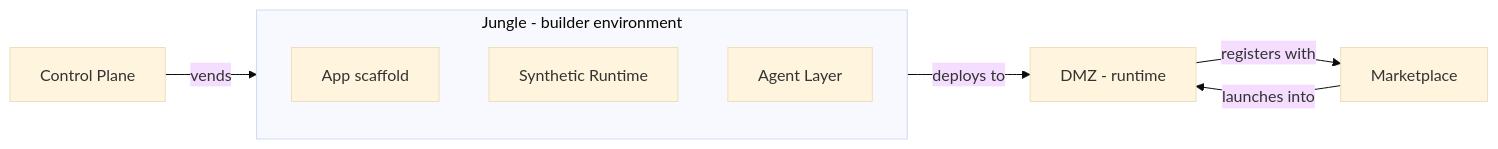
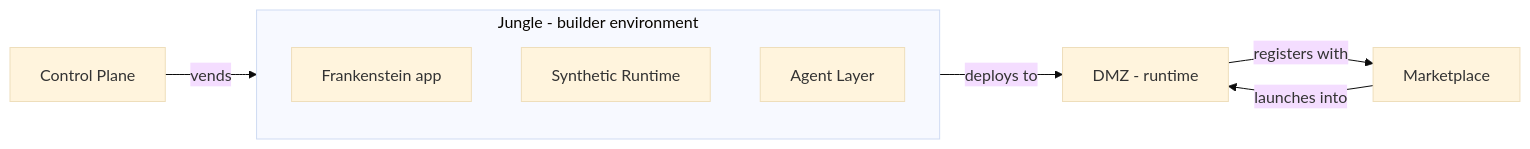
One commit to Flying-Pig-Labs/jungl3 changed the diagram in docs/architecture/system-context.md. Above: the diagram before and after it, drawn with Mermaid (base theme). The commit also changed other lines of this file and 4 other files, not shown here.

First line of the commit message:
docs: name Frankenstein app; add positioning; sharpen subtraction principle

````diff
--- a/docs/architecture/system-context.md
+++ b/docs/architecture/system-context.md
@@ -9,18 +9,18 @@
 ```mermaid
 flowchart LR
   CP[Control Plane]
 
   subgraph J[Jungle - builder environment]
-    APP[App scaffold]
+    APP[Frankenstein app]
     SR[Synthetic Runtime]
     AG[Agent Layer]
   end
 
   DMZ[DMZ - runtime]
   MP[Marketplace]
 
   CP -->|vends| J
   J -->|deploys to| DMZ
   DMZ -->|registers with| MP
   MP -->|launches into| DMZ
 ```
````
